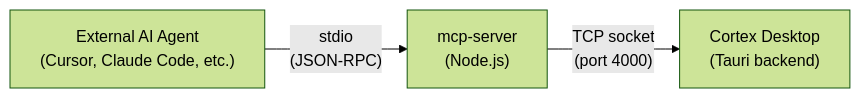
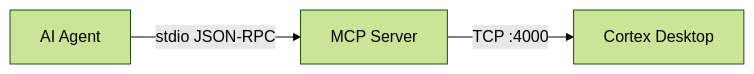
Before and after one commit to CortexLM/cortex-ide: the diagram in docs/MCP-SERVER.md, drawn with Mermaid (forest theme).

Commit message:
docs: fix mermaid diagram - concise labels, remove newlines

````diff
--- a/docs/MCP-SERVER.md
+++ b/docs/MCP-SERVER.md
@@ -9,5 +9,5 @@
 ```mermaid
 flowchart LR
-    A["External AI Agent\n(Cursor, Claude Code, etc.)"] -->|"stdio\n(JSON-RPC)"| B["mcp-server\n(Node.js)"]
-    B -->|"TCP socket\n(port 4000)"| C["Cortex Desktop\n(Tauri backend)"]
+    A[AI Agent] -->|stdio JSON-RPC| B[MCP Server]
+    B -->|TCP :4000| C[Cortex Desktop]
 ```
````
